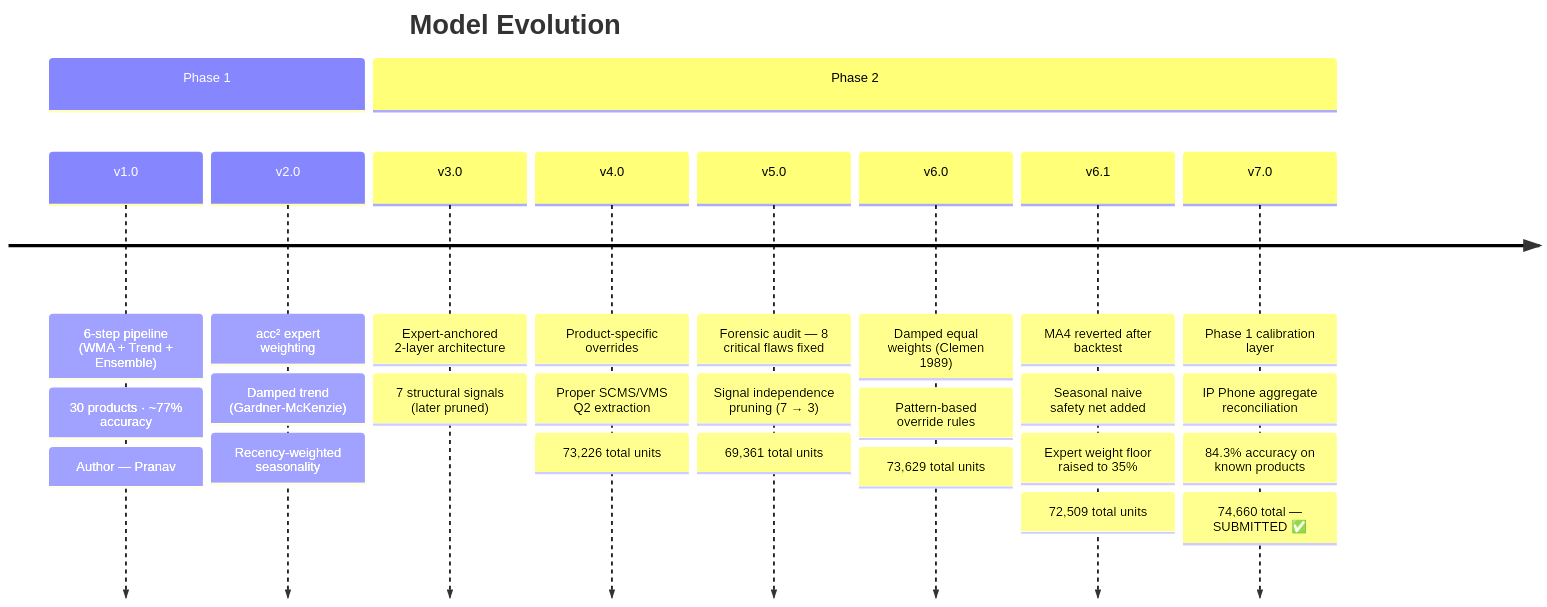
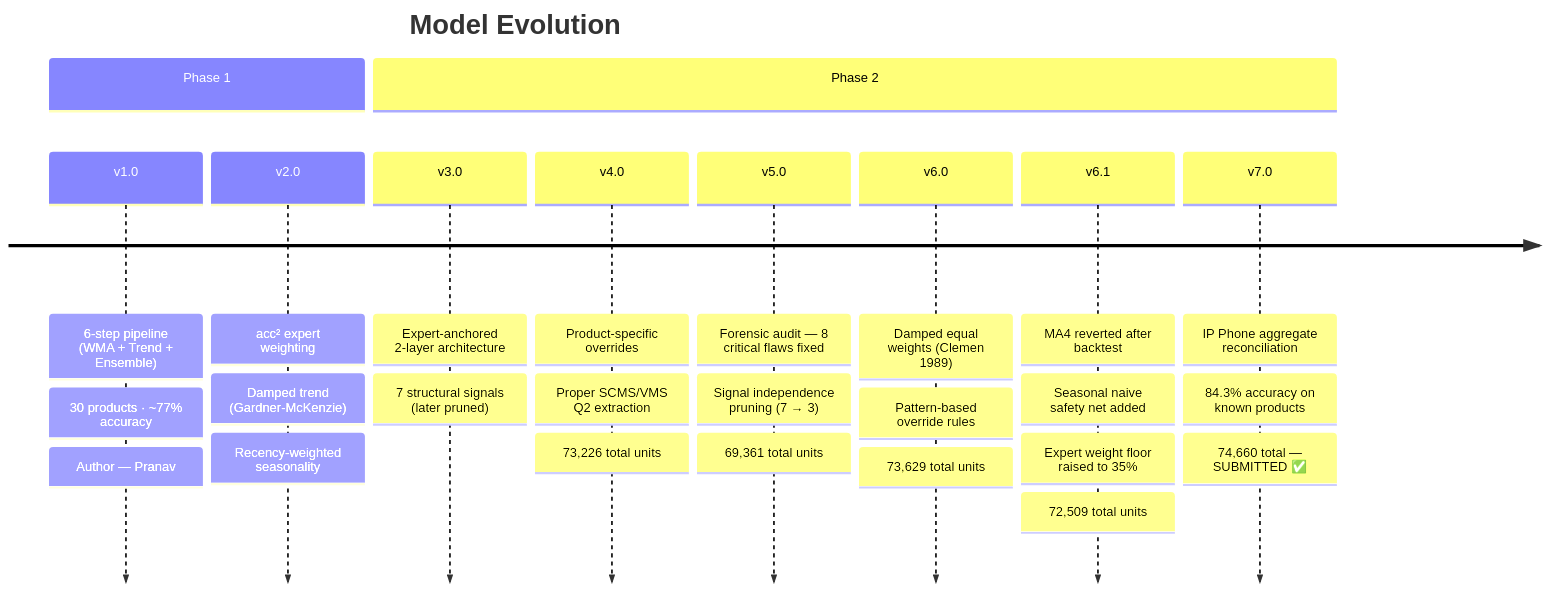
The third of 3 diagrams in README.md (Aruisop/CCL-Warriors), drawn with Mermaid before and after one commit. The commit also changed other lines of this file, not shown here.

````diff
--- a/README.md
+++ b/README.md
@@ -183,31 +182,31 @@
 ```mermaid
 timeline
     title Model Evolution
     section Phase 1
         v1.0 : 6-step pipeline (WMA + Trend + Ensemble)
              : 30 products · ~77% accuracy
              : Author — Pranav
         v2.0 : acc² expert weighting
              : Damped trend (Gardner-McKenzie)
              : Recency-weighted seasonality
     section Phase 2
         v3.0 : Expert-anchored 2-layer architecture
              : 7 structural signals (later pruned)
         v4.0 : Product-specific overrides
              : Proper SCMS/VMS Q2 extraction
              : 73,226 total units
         v5.0 : Forensic audit — 8 critical flaws fixed
              : Signal independence pruning (7 → 3)
              : 69,361 total units
         v6.0 : Damped equal weights (Clemen 1989)
              : Pattern-based override rules
              : 73,629 total units
         v6.1 : MA4 reverted after backtest
              : Seasonal naive safety net added
              : Expert weight floor raised to 35%
              : 72,509 total units
-        v7.0 : Phase 1 calibration layer
-             : IP Phone aggregate reconciliation
+        v7.0 : IP Phone aggregate reconciliation
              : 84.3% accuracy on known products
              : 74,660 total — SUBMITTED ✅
+             
 ```
````
